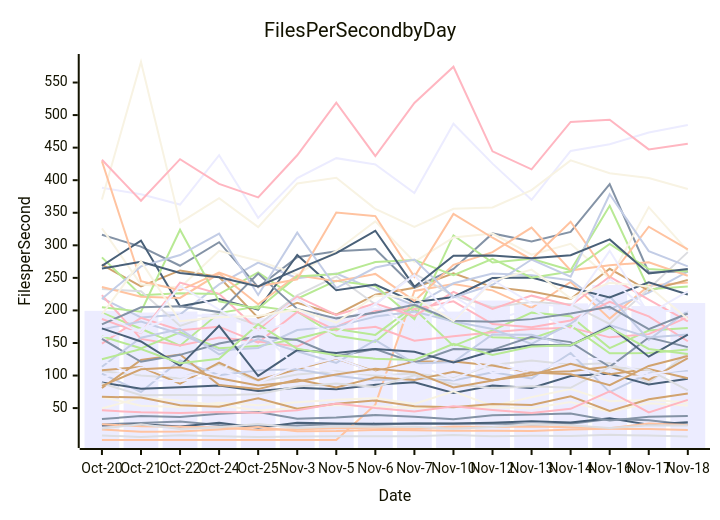
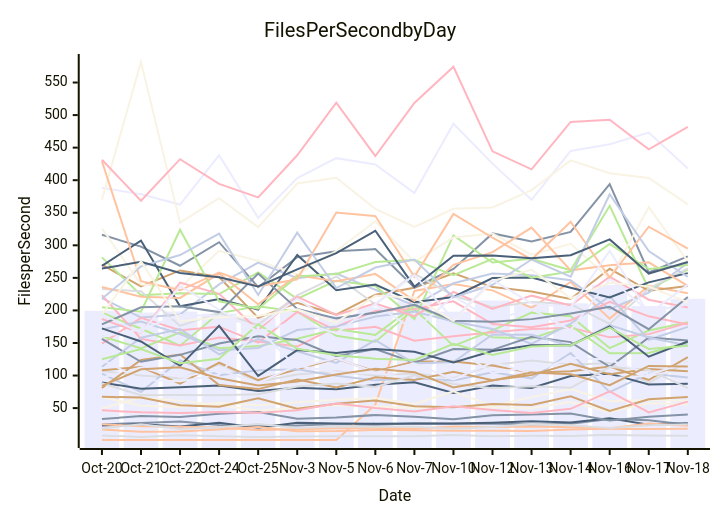
The diagram in perf-report.md (streetsidesoftware/cspell), drawn with Mermaid before and after one commit. The commit also changed other lines of this file and 2 other files, not shown here.

````diff
--- a/perf-report.md
+++ b/perf-report.md
@@ -11,57 +11,57 @@
 ```mermaid
 xychart-beta
     title Files Per Second by Day
     y-axis Files per Second
     x-axis Date [Oct-20, Oct-21, Oct-22, Oct-24, Oct-25, Nov-3, Nov-5, Nov-6, Nov-7, Nov-10, Nov-12, Nov-13, Nov-14, Nov-16, Nov-17, Nov-18]
-    bar [199.37, 196.79, 198.31, 195.08, 188.50, 197.53, 191.30, 204.37, 213.67, 198.26, 215.23, 208.25, 210.82, 238.97, 206.65, 211.33]
-    line [24.95, 26.96, 29.32, 24.14, 22.37, 23.30, 25.53, 24.38, 26.29, 26.08, 26.42, 24.81, 25.86, 33.28, 31.19, 24.66]
-    line [1.00, 1.00, 1.00, 1.00, 1.00, 1.00, 1.00, 55.24, 229.88, 240.51, 230.78, 203.89, 243.63, 187.42, 237.86, 242.98]
-    line [7.96, 5.55, 8.36, 6.66, 5.63, 6.55, 6.95, 6.80, 6.70, 8.74, 6.68, 7.36, 7.28, 8.89, 7.86, 6.51]
-    line [196.36, 171.90, 145.85, 195.93, 206.22, 198.17, 161.08, 151.81, 202.09, 145.44, 169.46, 196.60, 191.20, 142.18, 169.19, 172.88]
-    line [270.15, 236.87, 261.40, 251.33, 188.47, 211.71, 193.66, 223.97, 234.72, 257.12, 235.87, 229.04, 217.57, 263.96, 230.17, 246.92]
-    line [218.77, 189.13, 193.68, 239.98, 273.35, 249.43, 256.58, 231.73, 207.54, 241.66, 256.57, 253.87, 246.51, 201.92, 227.28, 259.77]
-    line [148.98, 188.53, 169.56, 175.04, 150.51, 197.71, 169.15, 174.81, 153.55, 160.37, 166.32, 171.57, 173.57, 158.65, 163.60, 189.69]
-    line [23.43, 25.33, 21.92, 27.33, 19.75, 27.62, 26.37, 26.13, 26.22, 26.38, 27.41, 29.67, 28.01, 34.46, 24.62, 28.17]
-    line [49.27, 66.25, 61.14, 54.40, 46.46, 50.11, 54.79, 52.56, 50.32, 52.20, 51.35, 49.71, 59.15, 44.39, 57.39, 53.95]
-    line [388.55, 378.31, 362.57, 438.35, 342.13, 403.12, 433.88, 424.28, 380.40, 486.76, 425.45, 369.94, 444.86, 455.23, 473.19, 484.66]
-    line [316.16, 297.94, 268.60, 304.78, 235.63, 281.78, 290.77, 294.19, 235.16, 263.73, 318.29, 305.89, 320.49, 393.89, 258.23, 260.23]
-    line [25.16, 22.03, 21.51, 20.05, 16.33, 17.58, 19.22, 19.85, 18.09, 21.66, 21.06, 21.89, 20.40, 19.08, 26.32, 24.21]
-    line [106.77, 99.95, 95.97, 117.43, 90.38, 101.68, 106.46, 99.98, 103.28, 96.07, 116.03, 123.18, 116.39, 119.25, 88.82, 133.98]
-    line [281.48, 223.48, 226.53, 225.12, 258.41, 217.89, 245.63, 237.62, 186.76, 315.24, 273.68, 279.33, 261.66, 360.61, 232.56, 236.84]
-    line [108.27, 113.06, 87.44, 119.66, 93.04, 109.58, 126.12, 106.10, 121.67, 121.71, 115.58, 104.23, 106.50, 113.74, 93.16, 126.73]
-    line [103.01, 74.73, 123.30, 100.60, 107.93, 109.66, 99.65, 92.58, 95.73, 92.52, 104.99, 95.65, 134.65, 74.54, 103.19, 106.81]
-    line [223.58, 156.27, 146.04, 158.31, 152.20, 144.51, 175.00, 199.16, 202.30, 213.91, 179.15, 174.06, 184.56, 213.36, 190.95, 152.67]
-    line [89.41, 79.60, 82.04, 84.51, 76.34, 81.22, 78.86, 85.82, 89.51, 73.32, 84.82, 80.81, 99.19, 102.74, 86.40, 95.15]
-    line [326.00, 239.93, 235.04, 291.68, 276.40, 255.29, 291.36, 336.81, 274.44, 312.01, 318.04, 285.73, 302.25, 248.86, 358.68, 291.38]
-    line [96.85, 112.31, 97.68, 108.35, 88.82, 115.43, 104.61, 103.62, 96.31, 144.08, 103.66, 113.77, 116.66, 96.10, 99.72, 104.73]
-    line [33.11, 37.81, 36.24, 41.43, 44.03, 33.69, 35.67, 39.33, 36.78, 32.79, 39.05, 40.14, 41.86, 31.03, 36.52, 37.88]
-    line [17.05, 13.85, 14.03, 17.10, 21.05, 14.31, 14.75, 16.57, 15.81, 15.06, 15.24, 15.00, 17.22, 18.21, 17.91, 16.28]
-    line [233.06, 229.37, 176.10, 196.37, 177.90, 223.12, 252.36, 209.33, 256.35, 222.55, 205.03, 213.07, 209.57, 179.17, 233.46, 289.53]
-    line [160.22, 141.81, 166.38, 141.94, 145.19, 156.42, 171.45, 162.38, 206.93, 182.01, 158.84, 156.97, 177.01, 134.15, 134.60, 139.85]
-    line [80.94, 123.93, 132.34, 85.53, 79.17, 93.87, 81.75, 97.21, 92.97, 105.80, 92.86, 100.80, 118.00, 101.99, 110.02, 95.84]
-    line [170.91, 182.97, 163.77, 138.75, 142.39, 169.82, 175.50, 190.52, 198.14, 183.09, 171.50, 148.66, 179.60, 221.70, 154.91, 199.48]
-    line [186.73, 165.39, 242.72, 225.43, 169.80, 221.29, 193.06, 210.68, 191.30, 228.42, 202.21, 222.67, 207.51, 251.74, 216.50, 183.14]
-    line [268.53, 307.28, 206.33, 217.49, 201.10, 285.18, 230.89, 239.86, 212.69, 220.64, 249.81, 250.50, 234.95, 220.08, 243.07, 224.41]
-    line [67.15, 53.54, 51.87, 58.31, 54.40, 59.05, 63.00, 65.34, 56.44, 75.90, 53.22, 66.88, 79.34, 60.36, 62.89, 58.77]
-    line [159.49, 171.10, 192.78, 191.37, 174.29, 217.96, 178.42, 209.10, 170.02, 221.91, 185.33, 201.98, 169.69, 248.53, 198.86, 199.32]
-    line [156.35, 121.08, 131.79, 149.18, 160.21, 154.52, 129.77, 140.65, 119.71, 140.68, 139.42, 159.42, 151.36, 113.27, 158.34, 143.60]
-    line [236.08, 220.88, 219.16, 256.62, 209.53, 254.06, 244.83, 256.05, 214.61, 270.08, 289.61, 327.30, 261.54, 269.45, 273.83, 253.22]
-    line [88.06, 69.61, 70.25, 69.88, 71.42, 83.10, 87.87, 82.40, 100.31, 86.94, 80.60, 83.49, 81.08, 112.95, 109.00, 77.04]
-    line [204.99, 197.92, 323.88, 213.93, 202.52, 252.23, 256.11, 274.23, 277.54, 254.29, 279.19, 250.20, 259.75, 302.13, 263.51, 259.96]
-    line [67.41, 66.13, 54.31, 52.03, 65.25, 49.02, 56.78, 61.66, 53.00, 51.36, 56.25, 54.79, 68.17, 45.48, 63.62, 72.43]
-    line [113.50, 158.05, 171.36, 132.38, 156.15, 137.28, 119.47, 154.44, 118.56, 120.82, 163.18, 162.73, 145.60, 177.40, 158.43, 163.20]
-    line [46.53, 43.54, 42.59, 43.99, 42.66, 46.86, 57.12, 50.26, 44.96, 52.89, 47.17, 42.40, 48.87, 75.68, 43.23, 62.62]
-    line [172.40, 152.34, 114.90, 176.25, 99.39, 139.03, 134.52, 140.79, 136.42, 120.17, 137.59, 146.37, 146.54, 175.32, 128.97, 162.81]
-    line [370.45, 581.53, 334.74, 372.46, 327.93, 394.96, 403.82, 355.89, 328.31, 356.02, 358.21, 384.78, 430.42, 410.61, 403.44, 386.53]
-    line [124.47, 93.34, 91.16, 101.08, 171.93, 111.86, 126.91, 104.86, 118.31, 94.15, 120.34, 103.60, 127.14, 124.11, 101.43, 110.79]
-    line [178.54, 204.92, 206.57, 197.43, 256.60, 202.25, 187.81, 196.52, 208.74, 184.16, 182.55, 186.64, 195.17, 205.52, 171.16, 195.23]
-    line [429.01, 245.01, 230.93, 258.25, 236.94, 247.84, 350.22, 344.89, 251.52, 348.16, 311.63, 278.27, 336.11, 250.48, 328.56, 293.72]
-    line [18.81, 25.32, 17.74, 20.58, 25.51, 19.46, 21.60, 21.45, 21.30, 18.35, 21.09, 25.51, 23.62, 19.35, 23.58, 23.27]
-    line [125.02, 140.68, 119.01, 125.81, 178.69, 141.07, 131.24, 125.88, 123.88, 148.80, 131.70, 144.48, 146.46, 173.42, 140.77, 133.06]
-    line [84.05, 109.59, 112.56, 95.92, 84.60, 91.01, 101.64, 110.52, 105.15, 81.62, 92.24, 104.72, 102.11, 85.32, 114.70, 130.06]
-    line [217.93, 267.67, 285.04, 317.95, 223.78, 319.42, 234.42, 265.85, 278.09, 219.92, 239.43, 278.17, 251.99, 378.34, 291.11, 267.63]
-    line [431.43, 368.45, 432.30, 394.44, 373.62, 438.31, 518.91, 437.11, 518.64, 574.29, 444.36, 416.74, 489.48, 492.83, 447.31, 455.97]
-    line [264.24, 274.64, 257.62, 251.09, 236.85, 262.94, 287.92, 322.31, 236.45, 283.86, 284.35, 279.96, 284.82, 309.10, 256.69, 263.46]
-    line [193.99, 275.35, 183.43, 189.64, 191.38, 201.59, 181.36, 222.61, 220.01, 183.65, 245.06, 262.64, 218.43, 242.38, 236.75, 186.81]
-    line [194.31, 165.66, 237.49, 201.27, 167.00, 183.56, 164.82, 210.07, 254.11, 186.18, 246.80, 210.80, 204.64, 291.50, 194.63, 229.14]
+    bar [199.37, 196.79, 198.31, 195.08, 188.50, 197.53, 191.30, 204.37, 213.67, 198.26, 215.23, 208.25, 210.82, 238.97, 206.65, 217.84]
+    line [24.95, 26.96, 29.32, 24.14, 22.37, 23.30, 25.53, 24.38, 26.29, 26.08, 26.42, 24.81, 25.86, 33.28, 31.19, 24.38]
+    line [1.00, 1.00, 1.00, 1.00, 1.00, 1.00, 1.00, 55.24, 229.88, 240.51, 230.78, 203.89, 243.63, 187.42, 237.86, 226.45]
+    line [7.96, 5.55, 8.36, 6.66, 5.63, 6.55, 6.95, 6.80, 6.70, 8.74, 6.68, 7.36, 7.28, 8.89, 7.86, 7.37]
+    line [196.36, 171.90, 145.85, 195.93, 206.22, 198.17, 161.08, 151.81, 202.09, 145.44, 169.46, 196.60, 191.20, 142.18, 169.19, 181.94]
+    line [270.15, 236.87, 261.40, 251.33, 188.47, 211.71, 193.66, 223.97, 234.72, 257.12, 235.87, 229.04, 217.57, 263.96, 230.17, 237.48]
+    line [218.77, 189.13, 193.68, 239.98, 273.35, 249.43, 256.58, 231.73, 207.54, 241.66, 256.57, 253.87, 246.51, 201.92, 227.28, 273.31]
+    line [148.98, 188.53, 169.56, 175.04, 150.51, 197.71, 169.15, 174.81, 153.55, 160.37, 166.32, 171.57, 173.57, 158.65, 163.60, 180.83]
+    line [23.43, 25.33, 21.92, 27.33, 19.75, 27.62, 26.37, 26.13, 26.22, 26.38, 27.41, 29.67, 28.01, 34.46, 24.62, 26.88]
+    line [49.27, 66.25, 61.14, 54.40, 46.46, 50.11, 54.79, 52.56, 50.32, 52.20, 51.35, 49.71, 59.15, 44.39, 57.39, 55.71]
+    line [388.55, 378.31, 362.57, 438.35, 342.13, 403.12, 433.88, 424.28, 380.40, 486.76, 425.45, 369.94, 444.86, 455.23, 473.19, 418.11]
+    line [316.16, 297.94, 268.60, 304.78, 235.63, 281.78, 290.77, 294.19, 235.16, 263.73, 318.29, 305.89, 320.49, 393.89, 258.23, 282.90]
+    line [25.16, 22.03, 21.51, 20.05, 16.33, 17.58, 19.22, 19.85, 18.09, 21.66, 21.06, 21.89, 20.40, 19.08, 26.32, 22.99]
+    line [106.77, 99.95, 95.97, 117.43, 90.38, 101.68, 106.46, 99.98, 103.28, 96.07, 116.03, 123.18, 116.39, 119.25, 88.82, 121.42]
+    line [281.48, 223.48, 226.53, 225.12, 258.41, 217.89, 245.63, 237.62, 186.76, 315.24, 273.68, 279.33, 261.66, 360.61, 232.56, 262.68]
+    line [108.27, 113.06, 87.44, 119.66, 93.04, 109.58, 126.12, 106.10, 121.67, 121.71, 115.58, 104.23, 106.50, 113.74, 93.16, 128.26]
+    line [103.01, 74.73, 123.30, 100.60, 107.93, 109.66, 99.65, 92.58, 95.73, 92.52, 104.99, 95.65, 134.65, 74.54, 103.19, 97.14]
+    line [223.58, 156.27, 146.04, 158.31, 152.20, 144.51, 175.00, 199.16, 202.30, 213.91, 179.15, 174.06, 184.56, 213.36, 190.95, 178.24]
+    line [89.41, 79.60, 82.04, 84.51, 76.34, 81.22, 78.86, 85.82, 89.51, 73.32, 84.82, 80.81, 99.19, 102.74, 86.40, 87.53]
+    line [326.00, 239.93, 235.04, 291.68, 276.40, 255.29, 291.36, 336.81, 274.44, 312.01, 318.04, 285.73, 302.25, 248.86, 358.68, 275.32]
+    line [96.85, 112.31, 97.68, 108.35, 88.82, 115.43, 104.61, 103.62, 96.31, 144.08, 103.66, 113.77, 116.66, 96.10, 99.72, 110.04]
+    line [33.11, 37.81, 36.24, 41.43, 44.03, 33.69, 35.67, 39.33, 36.78, 32.79, 39.05, 40.14, 41.86, 31.03, 36.52, 40.13]
+    line [17.05, 13.85, 14.03, 17.10, 21.05, 14.31, 14.75, 16.57, 15.81, 15.06, 15.24, 15.00, 17.22, 18.21, 17.91, 18.25]
+    line [233.06, 229.37, 176.10, 196.37, 177.90, 223.12, 252.36, 209.33, 256.35, 222.55, 205.03, 213.07, 209.57, 179.17, 233.46, 264.64]
+    line [160.22, 141.81, 166.38, 141.94, 145.19, 156.42, 171.45, 162.38, 206.93, 182.01, 158.84, 156.97, 177.01, 134.15, 134.60, 150.67]
+    line [80.94, 123.93, 132.34, 85.53, 79.17, 93.87, 81.75, 97.21, 92.97, 105.80, 92.86, 100.80, 118.00, 101.99, 110.02, 106.56]
+    line [170.91, 182.97, 163.77, 138.75, 142.39, 169.82, 175.50, 190.52, 198.14, 183.09, 171.50, 148.66, 179.60, 221.70, 154.91, 174.70]
+    line [186.73, 165.39, 242.72, 225.43, 169.80, 221.29, 193.06, 210.68, 191.30, 228.42, 202.21, 222.67, 207.51, 251.74, 216.50, 204.65]
+    line [268.53, 307.28, 206.33, 217.49, 201.10, 285.18, 230.89, 239.86, 212.69, 220.64, 249.81, 250.50, 234.95, 220.08, 243.07, 257.31]
+    line [67.15, 53.54, 51.87, 58.31, 54.40, 59.05, 63.00, 65.34, 56.44, 75.90, 53.22, 66.88, 79.34, 60.36, 62.89, 61.13]
+    line [159.49, 171.10, 192.78, 191.37, 174.29, 217.96, 178.42, 209.10, 170.02, 221.91, 185.33, 201.98, 169.69, 248.53, 198.86, 209.17]
+    line [156.35, 121.08, 131.79, 149.18, 160.21, 154.52, 129.77, 140.65, 119.71, 140.68, 139.42, 159.42, 151.36, 113.27, 158.34, 153.96]
+    line [236.08, 220.88, 219.16, 256.62, 209.53, 254.06, 244.83, 256.05, 214.61, 270.08, 289.61, 327.30, 261.54, 269.45, 273.83, 237.58]
+    line [88.06, 69.61, 70.25, 69.88, 71.42, 83.10, 87.87, 82.40, 100.31, 86.94, 80.60, 83.49, 81.08, 112.95, 109.00, 80.57]
+    line [204.99, 197.92, 323.88, 213.93, 202.52, 252.23, 256.11, 274.23, 277.54, 254.29, 279.19, 250.20, 259.75, 302.13, 263.51, 269.60]
+    line [67.41, 66.13, 54.31, 52.03, 65.25, 49.02, 56.78, 61.66, 53.00, 51.36, 56.25, 54.79, 68.17, 45.48, 63.62, 67.01]
+    line [113.50, 158.05, 171.36, 132.38, 156.15, 137.28, 119.47, 154.44, 118.56, 120.82, 163.18, 162.73, 145.60, 177.40, 158.43, 146.21]
+    line [46.53, 43.54, 42.59, 43.99, 42.66, 46.86, 57.12, 50.26, 44.96, 52.89, 47.17, 42.40, 48.87, 75.68, 43.23, 59.94]
+    line [172.40, 152.34, 114.90, 176.25, 99.39, 139.03, 134.52, 140.79, 136.42, 120.17, 137.59, 146.37, 146.54, 175.32, 128.97, 152.20]
+    line [370.45, 581.53, 334.74, 372.46, 327.93, 394.96, 403.82, 355.89, 328.31, 356.02, 358.21, 384.78, 430.42, 410.61, 403.44, 362.79]
+    line [124.47, 93.34, 91.16, 101.08, 171.93, 111.86, 126.91, 104.86, 118.31, 94.15, 120.34, 103.60, 127.14, 124.11, 101.43, 119.96]
+    line [178.54, 204.92, 206.57, 197.43, 256.60, 202.25, 187.81, 196.52, 208.74, 184.16, 182.55, 186.64, 195.17, 205.52, 171.16, 220.75]
+    line [429.01, 245.01, 230.93, 258.25, 236.94, 247.84, 350.22, 344.89, 251.52, 348.16, 311.63, 278.27, 336.11, 250.48, 328.56, 294.90]
+    line [18.81, 25.32, 17.74, 20.58, 25.51, 19.46, 21.60, 21.45, 21.30, 18.35, 21.09, 25.51, 23.62, 19.35, 23.58, 25.01]
+    line [125.02, 140.68, 119.01, 125.81, 178.69, 141.07, 131.24, 125.88, 123.88, 148.80, 131.70, 144.48, 146.46, 173.42, 140.77, 145.68]
+    line [84.05, 109.59, 112.56, 95.92, 84.60, 91.01, 101.64, 110.52, 105.15, 81.62, 92.24, 104.72, 102.11, 85.32, 114.70, 113.79]
+    line [217.93, 267.67, 285.04, 317.95, 223.78, 319.42, 234.42, 265.85, 278.09, 219.92, 239.43, 278.17, 251.99, 378.34, 291.11, 251.52]
+    line [431.43, 368.45, 432.30, 394.44, 373.62, 438.31, 518.91, 437.11, 518.64, 574.29, 444.36, 416.74, 489.48, 492.83, 447.31, 482.01]
+    line [264.24, 274.64, 257.62, 251.09, 236.85, 262.94, 287.92, 322.31, 236.45, 283.86, 284.35, 279.96, 284.82, 309.10, 256.69, 274.41]
+    line [193.99, 275.35, 183.43, 189.64, 191.38, 201.59, 181.36, 222.61, 220.01, 183.65, 245.06, 262.64, 218.43, 242.38, 236.75, 212.37]
+    line [194.31, 165.66, 237.49, 201.27, 167.00, 183.56, 164.82, 210.07, 254.11, 186.18, 246.80, 210.80, 204.64, 291.50, 194.63, 239.67]
 ```
````
